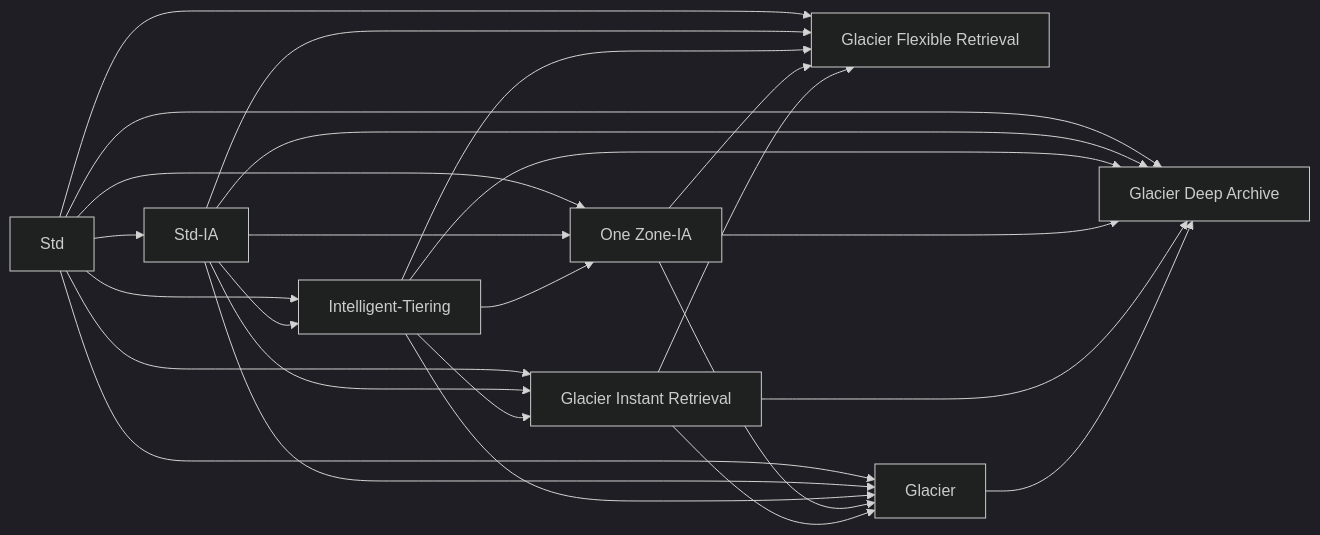
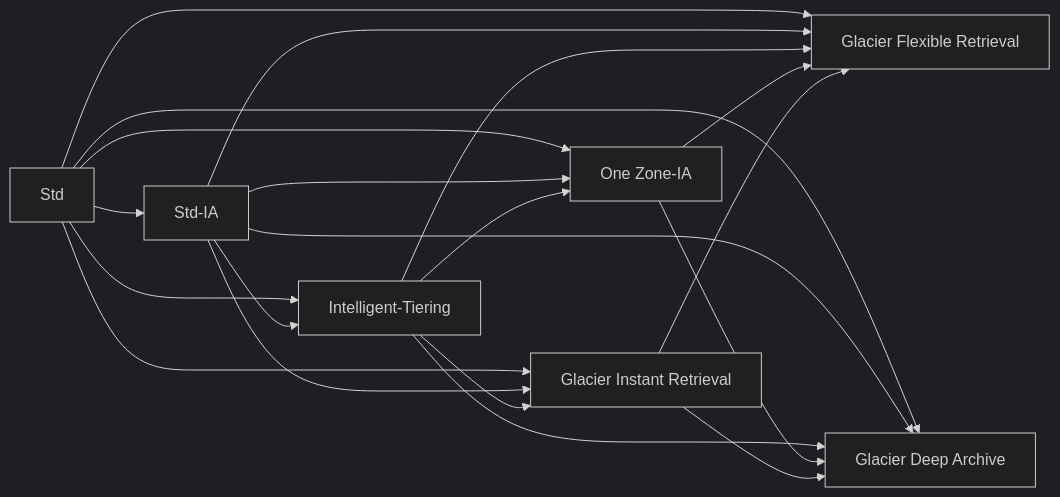
Before and after one commit to LongBu/AWS-SAP-C02-Study-Guide: the third of 6 diagrams in README.md, drawn with Mermaid (dark theme).

Commit message:
further lifecycle updates

````diff
--- a/README.md
+++ b/README.md
@@ -1652,28 +1652,22 @@
 ```mermaid
 graph LR
     A[Std] --> B[Std-IA]
     A --> C[Intelligent-Tiering]
     A --> D[One Zone-IA]
     A --> E[Glacier Instant Retrieval]
     A --> F[Glacier Flexible Retrieval]
-    A --> X[Glacier]
-    A --> Y[Glacier Deep Archive]
+    A --> G[Glacier Deep Archive]
     B --> C
     B --> D
     B --> E
     B --> F
-    B --> X
-    B --> Y
+    B --> G
     C --> D
     C --> E
     C --> F
-    C --> X
-    C --> Y
+    C --> G
     D --> F
-    D --> X
-    D --> Y
+    D --> G
     E --> F
-    E --> X
-    E --> Y
-    X --> Y
+    E --> G
 ```
````
